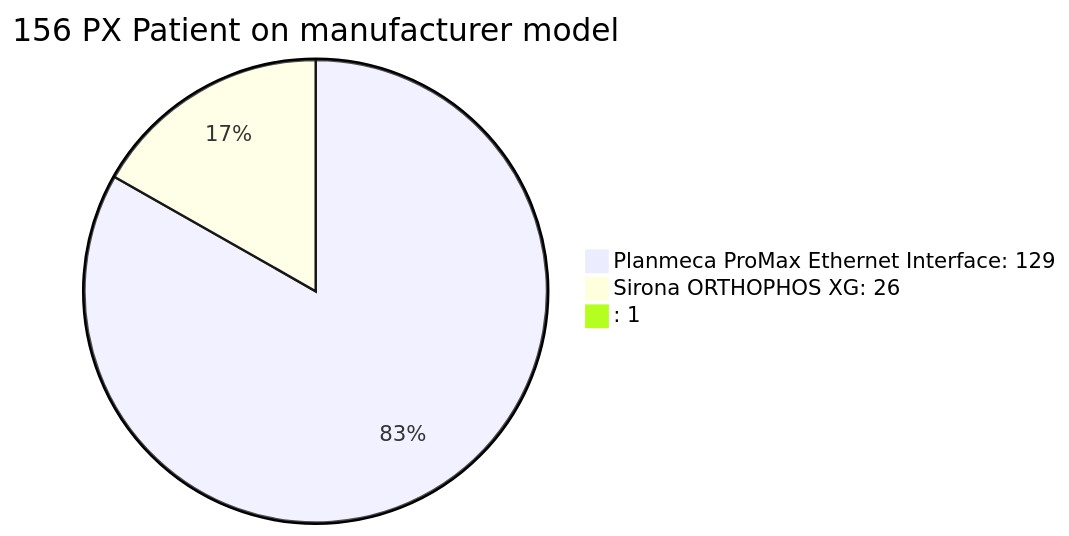
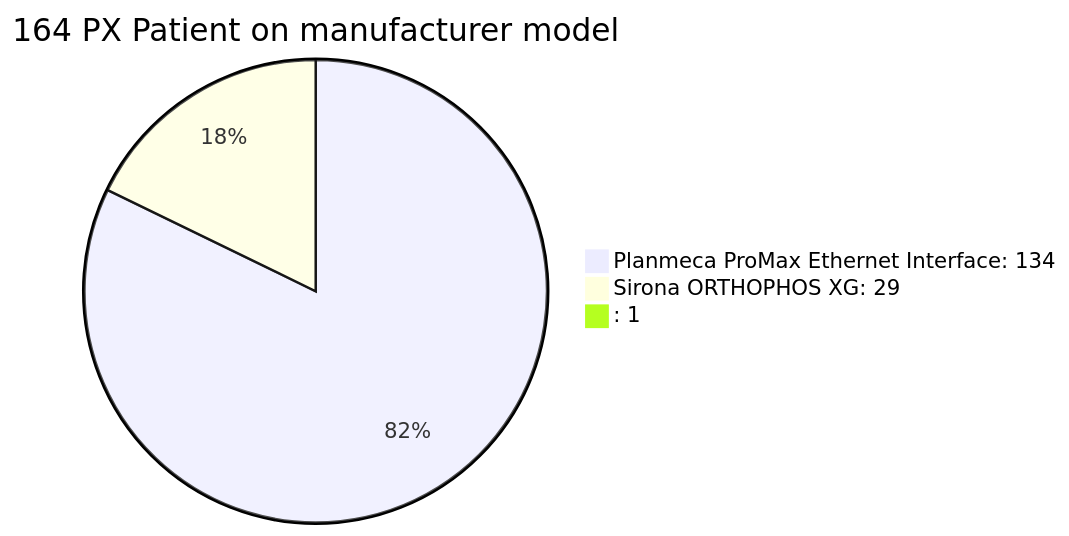
One commit to doidio/nonapx changed diagram 13 of 27 in a1_raw_dicom.md. Above: the diagram before and after it, drawn with Mermaid. The commit also changed other lines of this file and 1 other file, not shown here.

````diff
--- a/a1_raw_dicom.md
+++ b/a1_raw_dicom.md
@@ -103,6 +115,6 @@
 ```mermaid
-pie title 156 PX Patient on manufacturer model
-    "Planmeca ProMax Ethernet Interface: 129" : 129
-    "Sirona ORTHOPHOS XG: 26" : 26
+pie title 164 PX Patient on manufacturer model
+    "Planmeca ProMax Ethernet Interface: 134" : 134
+    "Sirona ORTHOPHOS XG: 29" : 29
     ": 1" : 1
 ```
````
